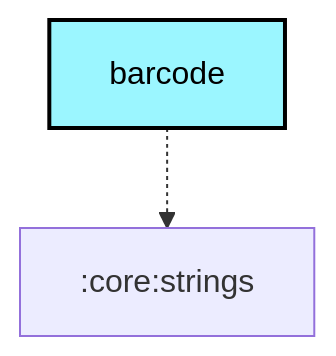
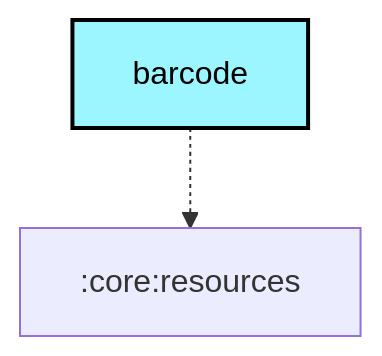
The diagram in core/barcode/README.md (meshtastic/Meshtastic-Android), drawn with Mermaid before and after one commit. The commit also changed 321 other files, not shown here.

````diff
--- a/core/barcode/README.md
+++ b/core/barcode/README.md
@@ -34,16 +34,16 @@
 ```mermaid
 graph TB
   :core:barcode[barcode]:::android-library
-  :core:barcode -.-> :core:strings
+  :core:barcode -.-> :core:resources
 
 classDef android-application fill:#CAFFBF,stroke:#000,stroke-width:2px,color:#000;
 classDef android-application-compose fill:#CAFFBF,stroke:#000,stroke-width:2px,color:#000;
 classDef android-feature fill:#FFD6A5,stroke:#000,stroke-width:2px,color:#000;
 classDef android-library fill:#9BF6FF,stroke:#000,stroke-width:2px,color:#000;
 classDef android-library-compose fill:#9BF6FF,stroke:#000,stroke-width:2px,color:#000;
 classDef android-test fill:#A0C4FF,stroke:#000,stroke-width:2px,color:#000;
 classDef jvm-library fill:#BDB2FF,stroke:#000,stroke-width:2px,color:#000;
 classDef kmp-library fill:#FFC1CC,stroke:#000,stroke-width:2px,color:#000;
 classDef unknown fill:#FFADAD,stroke:#000,stroke-width:2px,color:#000;
 
 ```
````
